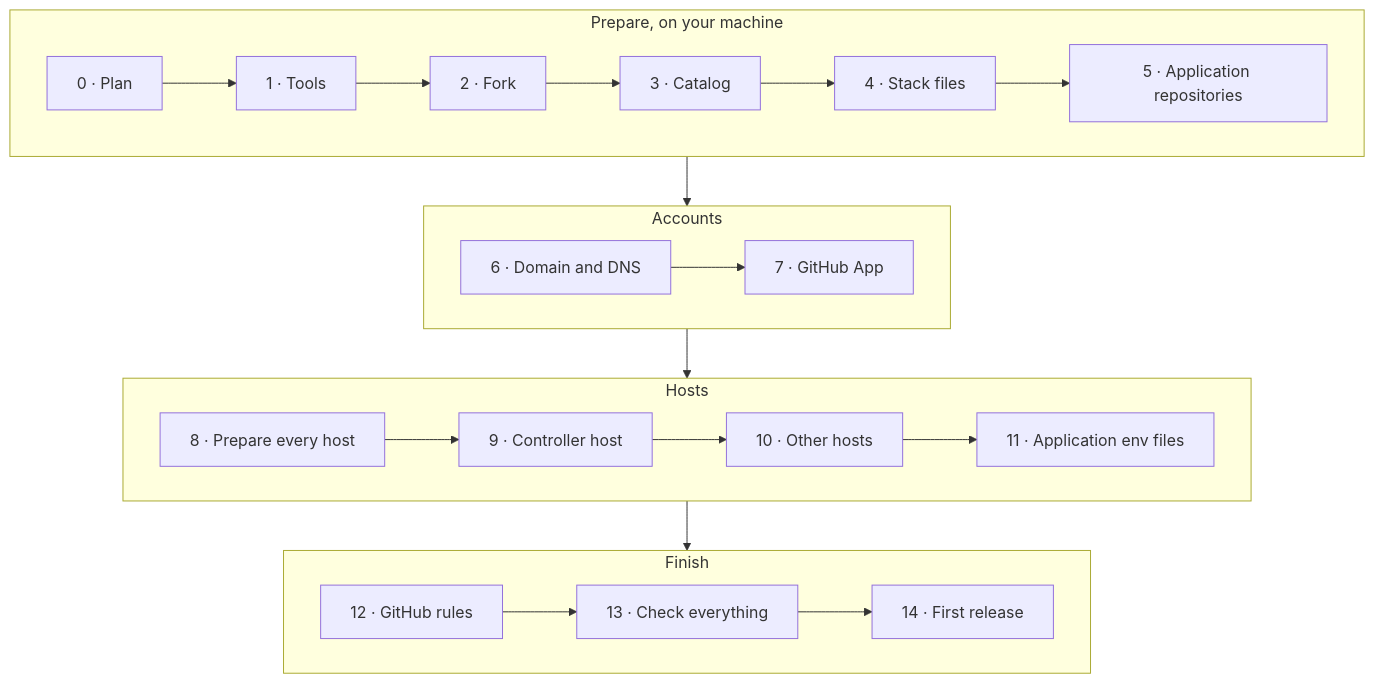
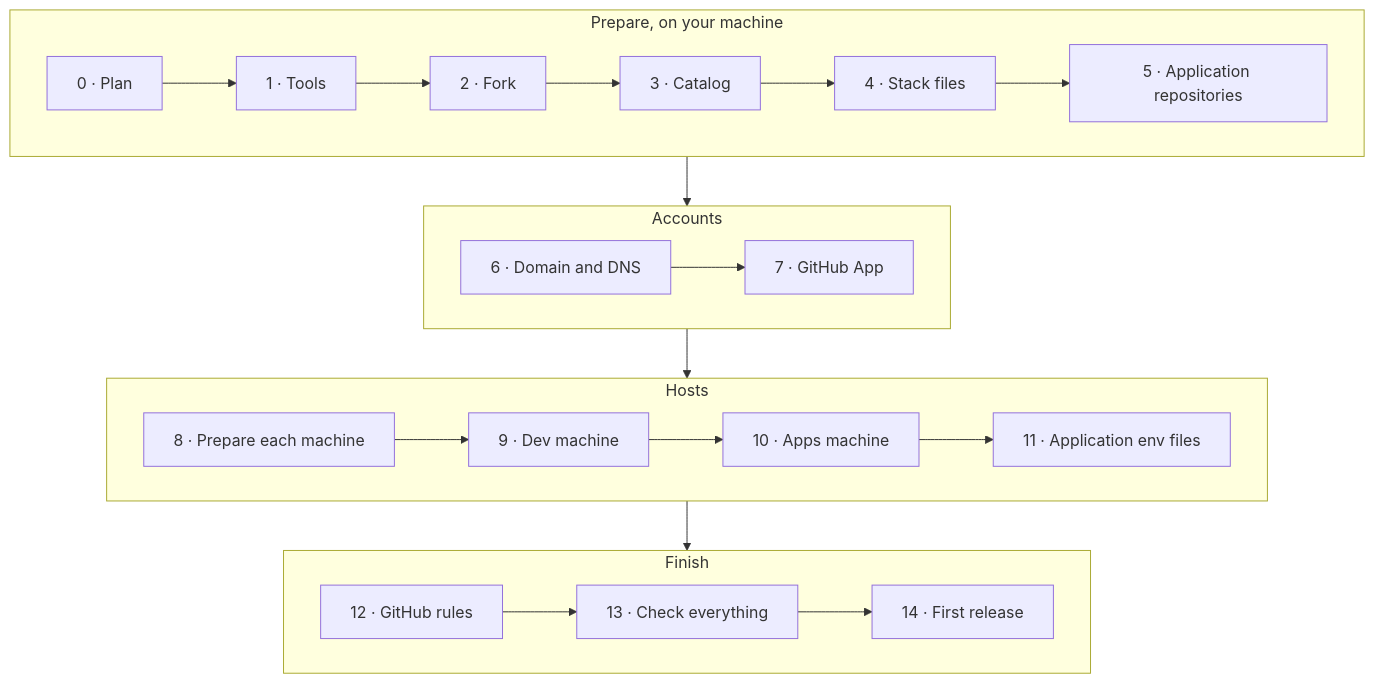
One commit to artur-rios/yggdrasil changed the diagram in docs/setup.md. Above: the diagram before and after it, drawn with Mermaid. The commit also changed other lines of this file and 9 other files, not shown here.

````diff
--- a/docs/setup.md
+++ b/docs/setup.md
@@ -11,16 +13,16 @@
 ```mermaid
 flowchart TB
     subgraph prepare [Prepare, on your machine]
         S0[0 · Plan] --> S1[1 · Tools] --> S2[2 · Fork] --> S3[3 · Catalog] --> S4[4 · Stack files] --> S5[5 · Application repositories]
     end
     subgraph accounts [Accounts]
         S6[6 · Domain and DNS] --> S7[7 · GitHub App]
     end
     subgraph hosts [Hosts]
-        S8[8 · Prepare every host] --> S9[9 · Controller host] --> S10[10 · Other hosts] --> S11[11 · Application env files]
+        S8[8 · Prepare each machine] --> S9[9 · Dev machine] --> S10[10 · Apps machine] --> S11[11 · Application env files]
     end
     subgraph finish [Finish]
         S12[12 · GitHub rules] --> S13[13 · Check everything] --> S14[14 · First release]
     end
     prepare --> accounts --> hosts --> finish
 ```
````
